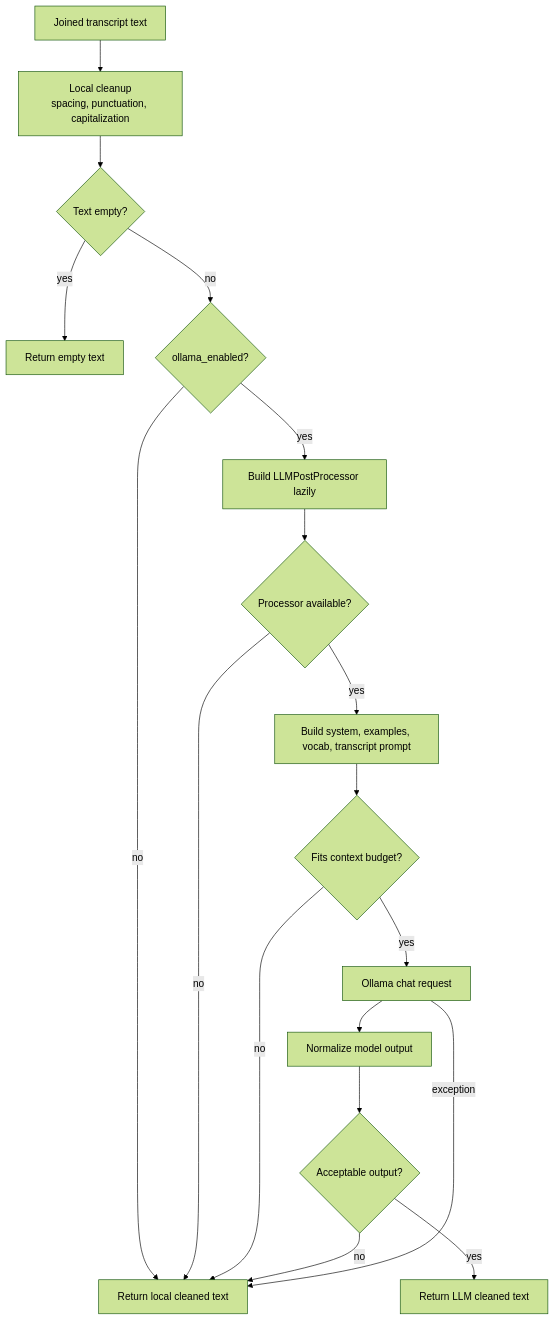
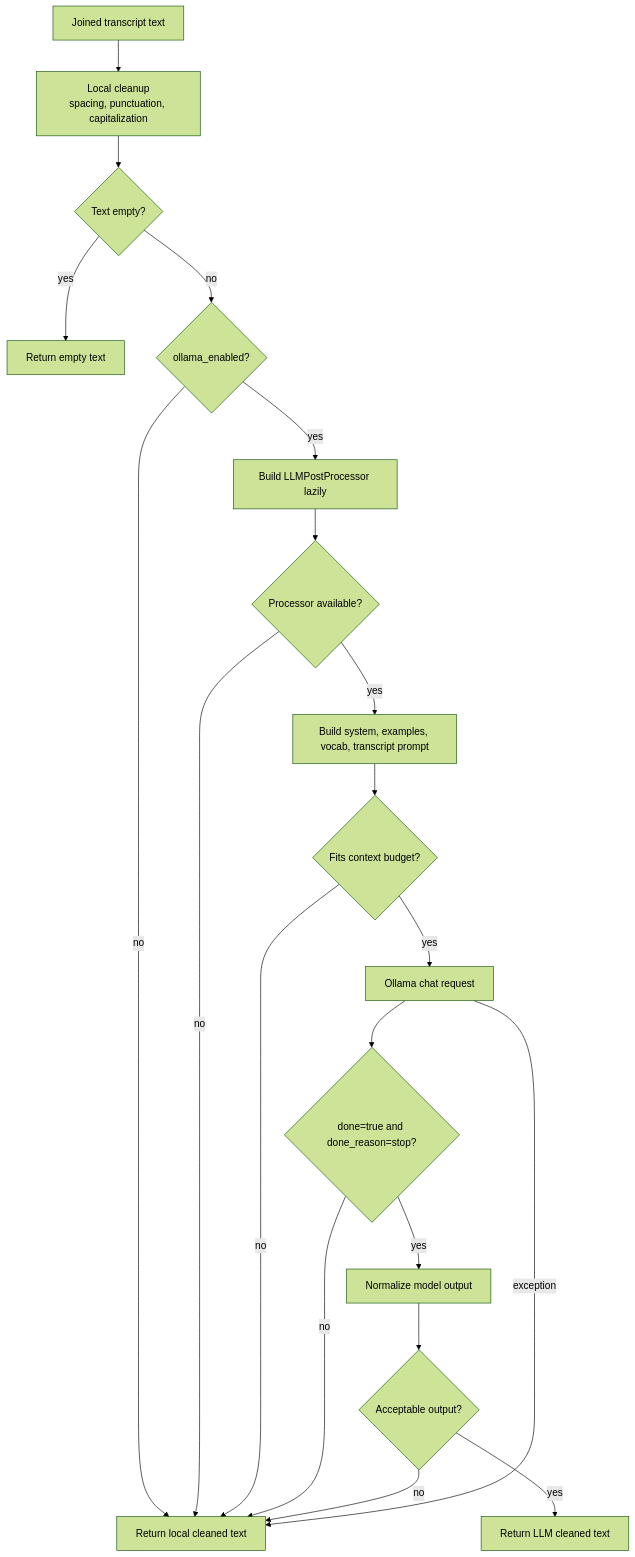
Before and after one commit to laceyp99/murmur: the third of 3 diagrams in docs/transcription-and-cleanup.md, drawn with Mermaid (forest theme). The commit also changed other lines of this file and 2 other files, not shown here.

Commit message:
fix(ollama): preserve transcripts after incomplete cleanup

````diff
--- a/docs/transcription-and-cleanup.md
+++ b/docs/transcription-and-cleanup.md
@@ -86,20 +88,22 @@
 ```mermaid
 flowchart TB
     RawText["Joined transcript text"] --> LocalCleanup["Local cleanup<br/>spacing, punctuation, capitalization"]
     LocalCleanup --> Empty{"Text empty?"}
     Empty -->|yes| ReturnEmpty["Return empty text"]
     Empty -->|no| Enabled{"ollama_enabled?"}
     Enabled -->|no| ReturnLocal["Return local cleaned text"]
     Enabled -->|yes| BuildProcessor["Build LLMPostProcessor lazily"]
     BuildProcessor --> Available{"Processor available?"}
     Available -->|no| ReturnLocal
     Available -->|yes| BuildMessages["Build system, examples, vocab, transcript prompt"]
     BuildMessages --> Budget{"Fits context budget?"}
     Budget -->|no| ReturnLocal
     Budget -->|yes| Ollama["Ollama chat request"]
-    Ollama --> Normalize["Normalize model output"]
+    Ollama --> Completion{"done=true and done_reason=stop?"}
+    Completion -->|yes| Normalize["Normalize model output"]
+    Completion -->|no| ReturnLocal
     Normalize --> Gate{"Acceptable output?"}
     Gate -->|yes| ReturnLLM["Return LLM cleaned text"]
     Gate -->|no| ReturnLocal
     Ollama -->|exception| ReturnLocal
 ```
````
